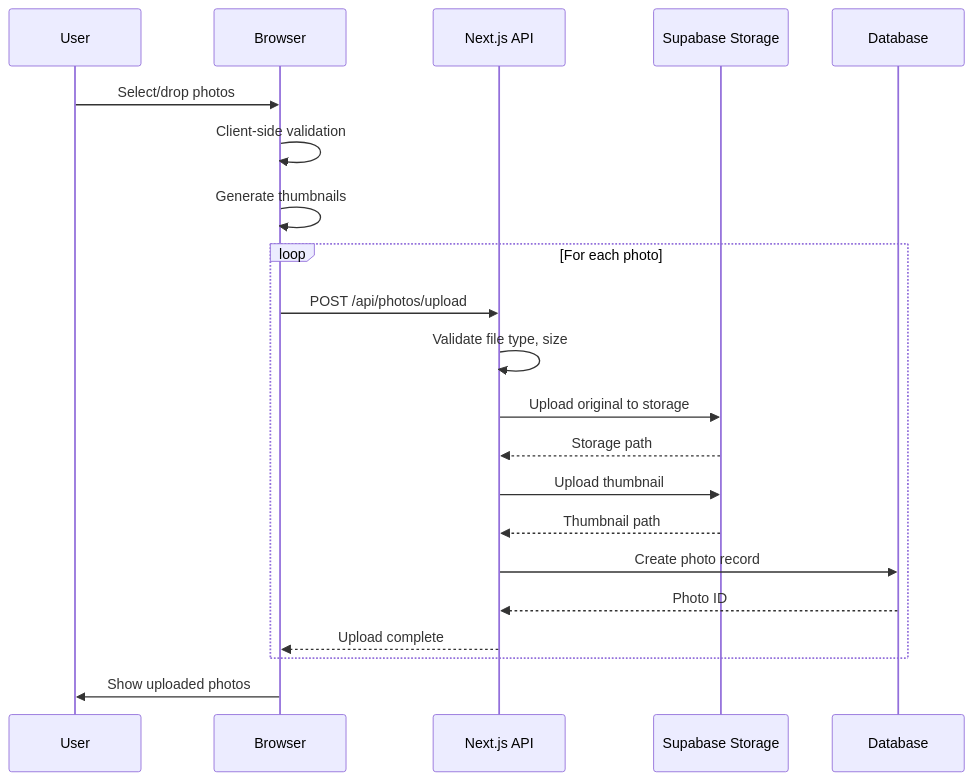
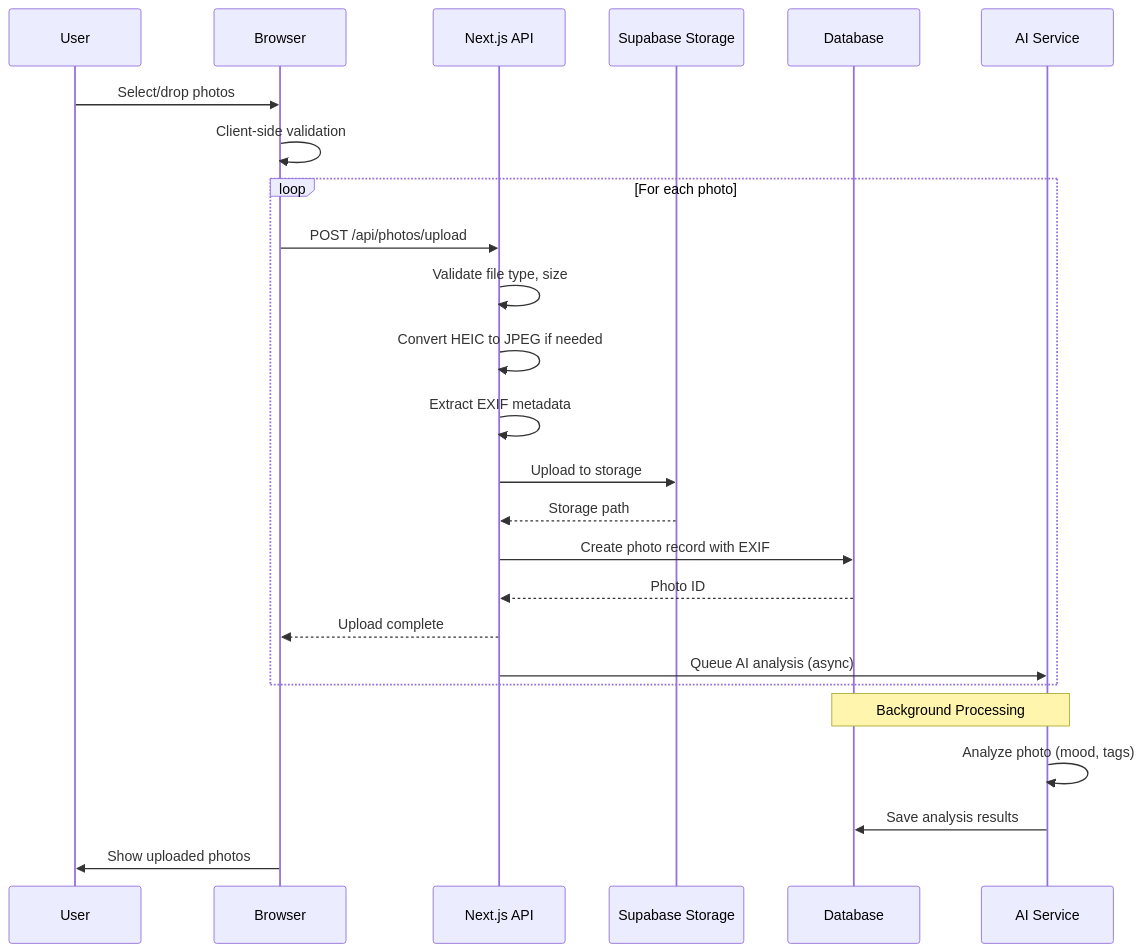
The sixth of 9 diagrams in ARCHITECTURE.md (spunkytensor/froggieframe), drawn with Mermaid before and after one commit. The commit also changed other lines of this file, not shown here.

````diff
--- a/ARCHITECTURE.md
+++ b/ARCHITECTURE.md
@@ -278,26 +302,31 @@
 ```mermaid
 sequenceDiagram
     participant U as User
     participant B as Browser
     participant A as Next.js API
     participant S as Supabase Storage
     participant D as Database
+    participant AI as AI Service
 
     U->>B: Select/drop photos
     B->>B: Client-side validation
-    B->>B: Generate thumbnails
 
     loop For each photo
         B->>A: POST /api/photos/upload
         A->>A: Validate file type, size
-        A->>S: Upload original to storage
+        A->>A: Convert HEIC to JPEG if needed
+        A->>A: Extract EXIF metadata
+        A->>S: Upload to storage
         S-->>A: Storage path
-        A->>S: Upload thumbnail
-        S-->>A: Thumbnail path
-        A->>D: Create photo record
+        A->>D: Create photo record with EXIF
         D-->>A: Photo ID
         A-->>B: Upload complete
+        A->>AI: Queue AI analysis (async)
     end
+
+    Note over AI,D: Background Processing
+    AI->>AI: Analyze photo (mood, tags)
+    AI->>D: Save analysis results
 
     B->>U: Show uploaded photos
 ```
````
